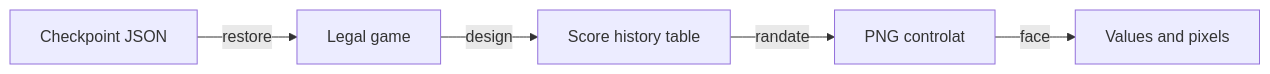
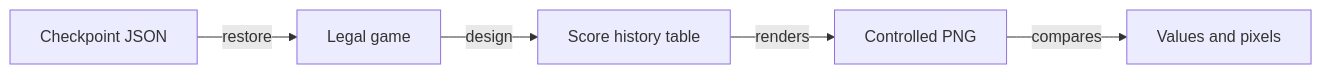
One commit to crististefanita/atf_j4 changed the diagram in whist-lab-app/app/src/rasterTest/README.md. Above: the diagram before and after it, drawn with Mermaid. The commit also changed other lines of this file and 126 other files, not shown here.

````diff
--- a/whist-lab-app/app/src/rasterTest/README.md
+++ b/whist-lab-app/app/src/rasterTest/README.md
@@ -9,7 +9,7 @@
 ```mermaid
 flowchart LR
     STATE[Legal game] -->|design| TABLE[Score history table]
-    TABLE -->|randate| PNG[PNG controlat]
-    PNG -->|face| ORACLE[Values and pixels]
+    TABLE -->|renders| PNG[Controlled PNG]
+    PNG -->|compares| ORACLE[Values and pixels]
     STORE[Checkpoint JSON] -->|restore| STATE
 ```
````
